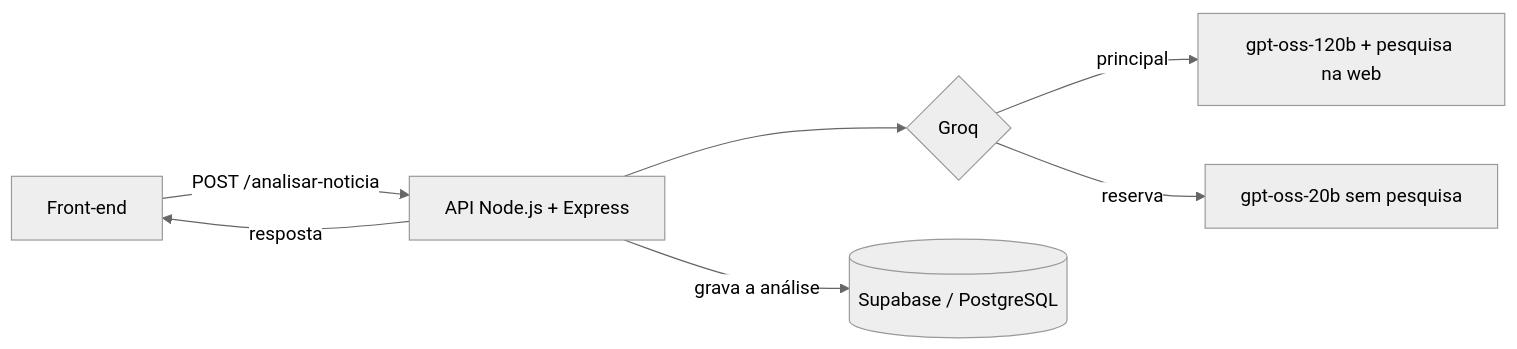
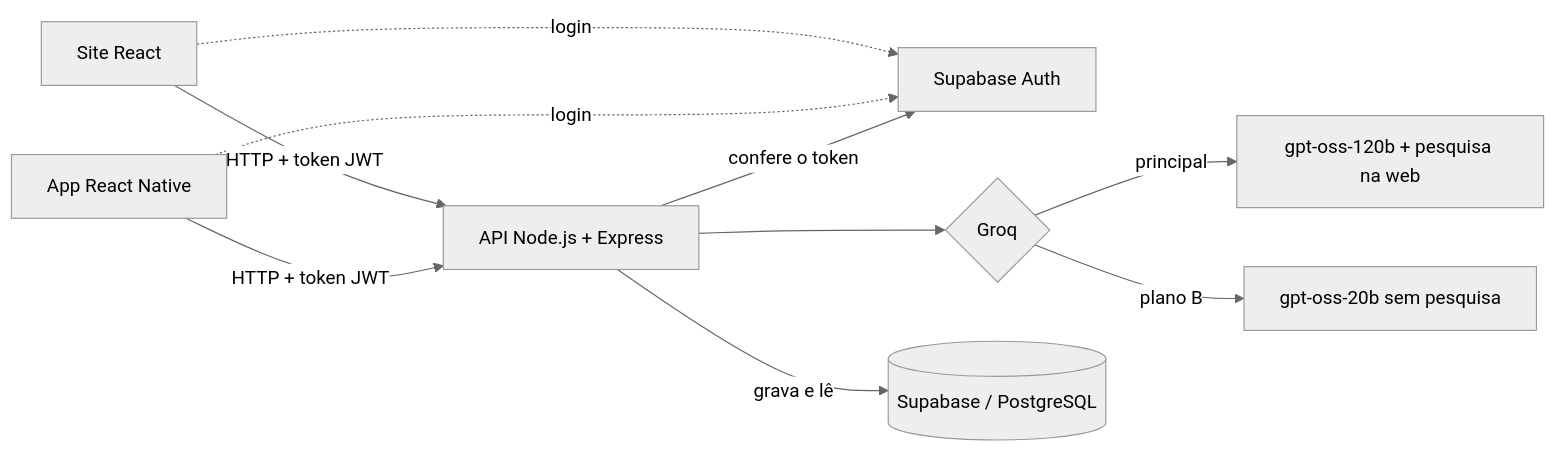
Before and after one commit to JoaoPedro25fer/TruthCheck-AI: the diagram in README.md, drawn with Mermaid (neutral theme). The commit also changed other lines of this file, not shown here.

````diff
--- a/README.md
+++ b/README.md
@@ -19,9 +30,12 @@
 ```mermaid
 flowchart LR
-    A[Front-end] -->|POST /analisar-noticia| B[API Node.js + Express]
-    B --> C{Groq}
-    C -->|principal| D[gpt-oss-120b + pesquisa na web]
-    C -->|reserva| E[gpt-oss-20b sem pesquisa]
-    B -->|grava a análise| F[(Supabase / PostgreSQL)]
-    B -->|resposta| A
+    W[Site React] -->|HTTP + token JWT| API[API Node.js + Express]
+    M[App React Native] -->|HTTP + token JWT| API
+    W -.->|login| AUTH[Supabase Auth]
+    M -.->|login| AUTH
+    API -->|confere o token| AUTH
+    API --> G{Groq}
+    G -->|principal| G1[gpt-oss-120b + pesquisa na web]
+    G -->|plano B| G2[gpt-oss-20b sem pesquisa]
+    API -->|grava e lê| DB[(Supabase / PostgreSQL)]
 ```
````
